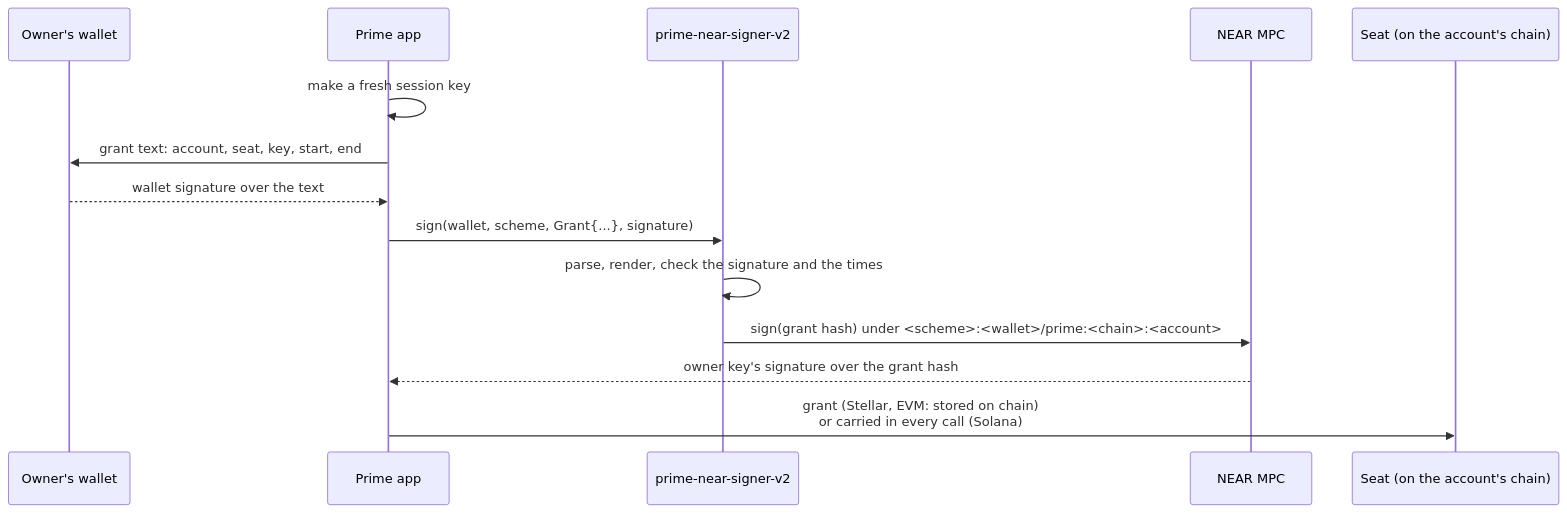
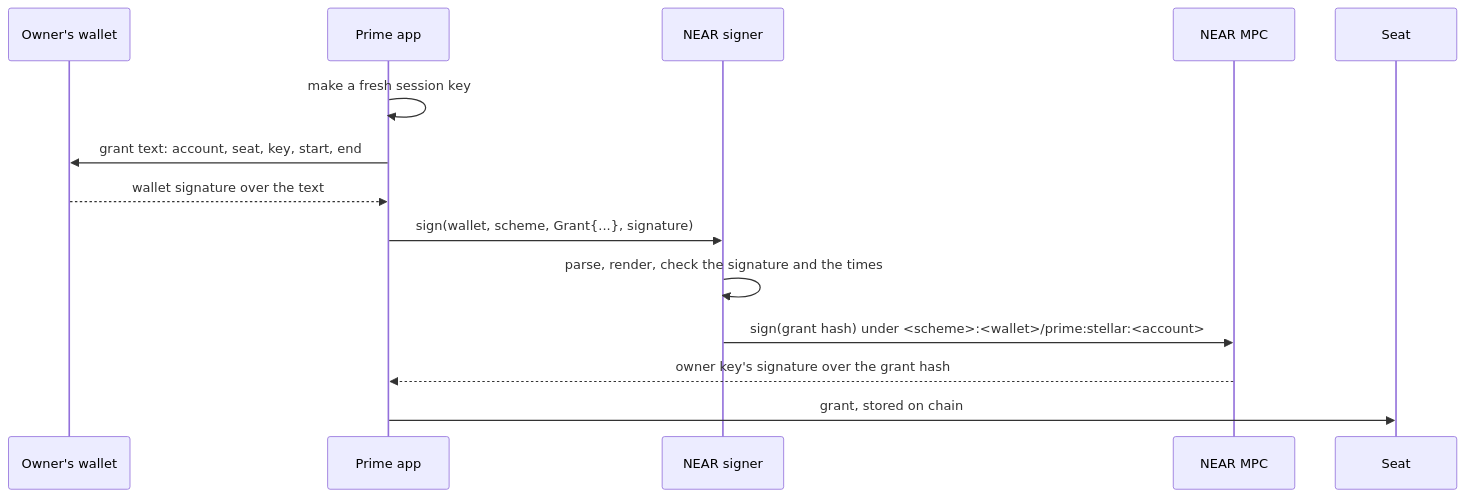
Before and after one commit to untangledfinance/oz-policy-builder: the fifth of 6 diagrams in docs/architecture.md, drawn with Mermaid. The commit also changed other lines of this file and 51 other files, not shown here.

First line of the commit message:
chore: remove the EVM, Solana and NEAR contracts, docs and CI

````diff
--- a/docs/architecture.md
+++ b/docs/architecture.md
@@ -243,16 +210,16 @@
 ```mermaid
 sequenceDiagram
   participant W as Owner's wallet
   participant A as Prime app
-  participant V as prime-near-signer-v2
+  participant V as NEAR signer
   participant M as NEAR MPC
-  participant S as Seat (on the account's chain)
+  participant S as Seat
   A->>A: make a fresh session key
   A->>W: grant text: account, seat, key, start, end
   W-->>A: wallet signature over the text
   A->>V: sign(wallet, scheme, Grant{...}, signature)
   V->>V: parse, render, check the signature and the times
-  V->>M: sign(grant hash) under <scheme>:<wallet>/prime:<chain>:<account>
+  V->>M: sign(grant hash) under <scheme>:<wallet>/prime:stellar:<account>
   M-->>A: owner key's signature over the grant hash
-  A->>S: grant (Stellar, EVM: stored on chain)<br/>or carried in every call (Solana)
+  A->>S: grant, stored on chain
 ```
````
